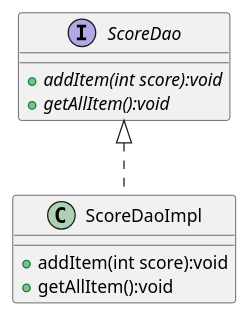
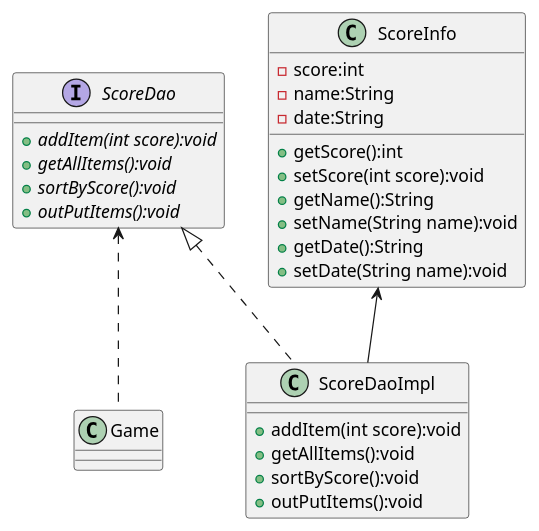
The diagram in uml/DataAccessObjectPattern.puml (HaHaRen6/AircraftWar-base), drawn with PlantUML before and after one commit. The commit also changed 6 other files, not shown here.

Commit message:
lab4 code+uml ok

```diff
--- a/uml/DataAccessObjectPattern.puml
+++ b/uml/DataAccessObjectPattern.puml
@@ -1,17 +1,37 @@
 @startuml DataAccessObjectPattern
 'https://plantuml.com/sequence-diagram
 
 interface ScoreDao{
     + {abstract} addItem(int score):void
-    + {abstract} getAllItem():void
+    + {abstract} getAllItems():void
+    + {abstract} sortByScore():void
+    + {abstract} outPutItems():void
 }
+ScoreDao <.. Game
 
 class ScoreDaoImpl{
     + addItem(int score):void
-    + getAllItem():void
+    + getAllItems():void
+    + sortByScore():void
+    + outPutItems():void
 }
 ScoreDao <|..ScoreDaoImpl
 
+class ScoreInfo{
+    - score:int
+    - name:String
+    - date:String
 
+    + getScore():int
+    + setScore(int score):void
+    + getName():String
+    + setName(String name):void
+    + getDate():String
+    + setDate(String name):void
+}
+ScoreInfo <-- ScoreDaoImpl
+
+class Game{
+}
 
 @enduml
```
